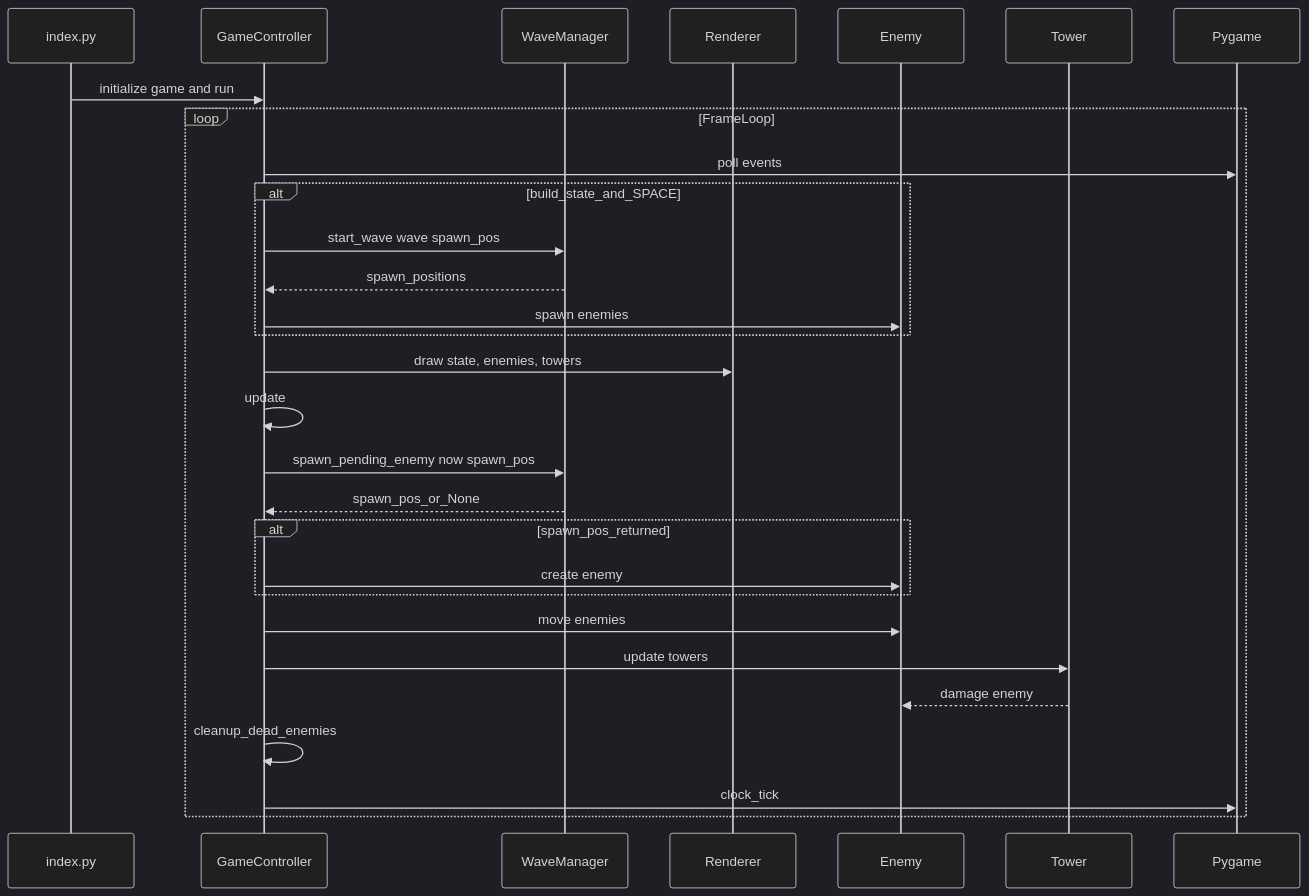
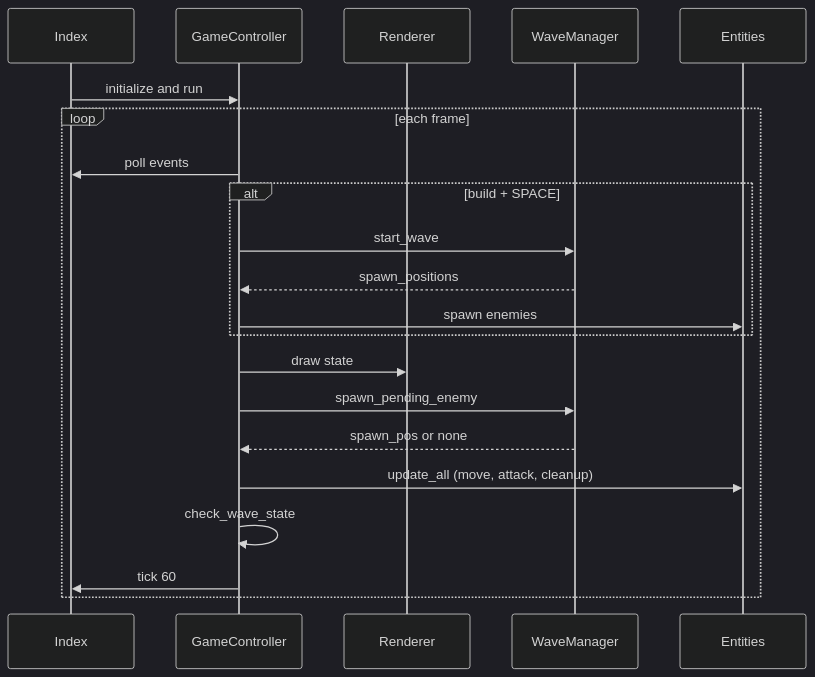
One commit to laitiii/ot-harjoitustyo changed the second of 3 diagrams in dokumentaatio/arkkitehtuuri.md. Above: the diagram before and after it, drawn with Mermaid (dark theme).

````diff
--- a/dokumentaatio/arkkitehtuuri.md
+++ b/dokumentaatio/arkkitehtuuri.md
@@ -40,32 +40,24 @@
 ```mermaid
 sequenceDiagram
-    participant Main as index.py
+    participant Index
     participant GC as GameController
-    participant WM as WaveManager
-    participant R as Renderer
-    participant E as Enemy
-    participant T as Tower
-    participant PG as Pygame
+    participant Renderer
+    participant WaveMgr as WaveManager
+    participant Entities
 
-    Main->>GC: initialize game and run
-    loop FrameLoop
-        GC->>PG: poll events
-        alt build_state_and_SPACE
-            GC->>WM: start_wave wave spawn_pos
-            WM-->>GC: spawn_positions
-            GC->>E: spawn enemies
+    Index->>GC: initialize and run
+    loop each frame
+        GC->>Index: poll events
+        alt build + SPACE
+            GC->>WaveMgr: start_wave
+            WaveMgr-->>GC: spawn_positions
+            GC->>Entities: spawn enemies
         end
-        GC->>R: draw state, enemies, towers
-        GC->>GC: update
-        GC->>WM: spawn_pending_enemy now spawn_pos
-        WM-->>GC: spawn_pos_or_None
-        alt spawn_pos_returned
-            GC->>E: create enemy
-        end
-        GC->>E: move enemies
-        GC->>T: update towers
-        T-->>E: damage enemy
-        GC->>GC: cleanup_dead_enemies
-        GC->>PG: clock_tick
+        GC->>Renderer: draw state
+        GC->>WaveMgr: spawn_pending_enemy
+        WaveMgr-->>GC: spawn_pos or none
+        GC->>Entities: update_all (move, attack, cleanup)
+        GC->>GC: check_wave_state
+        GC->>Index: tick 60
     end
 ```
````
